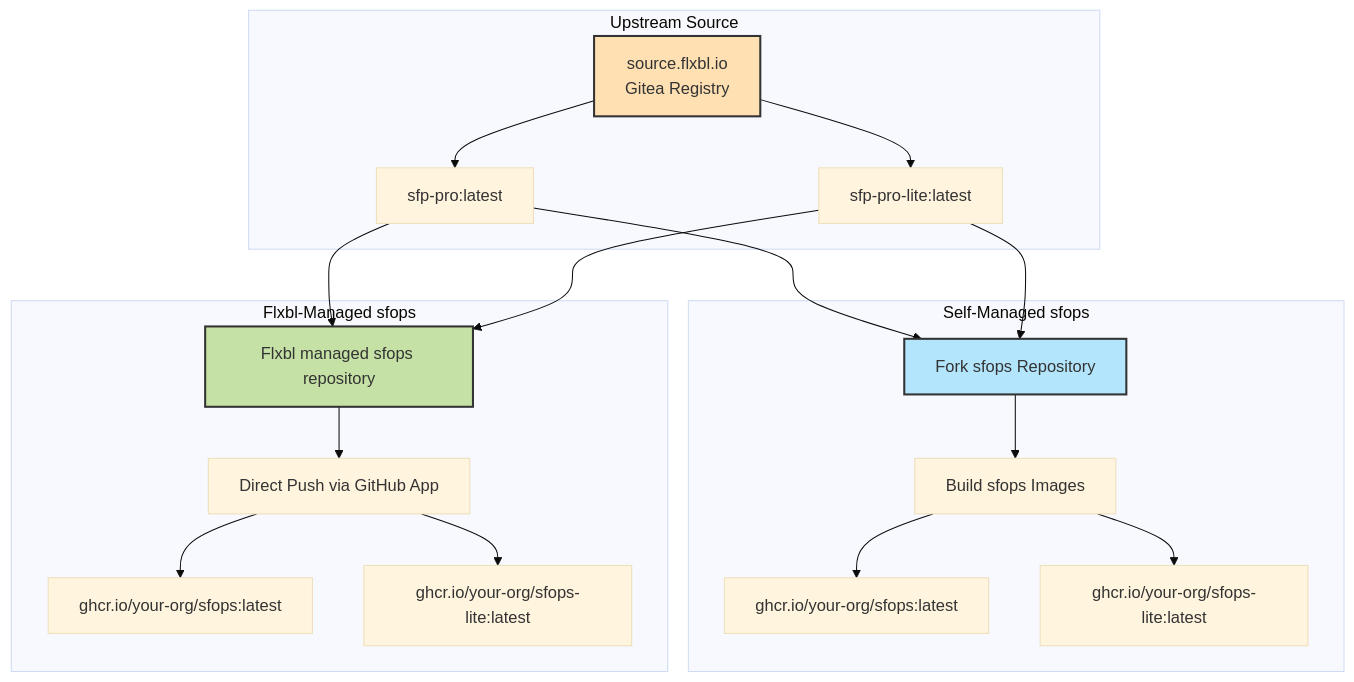
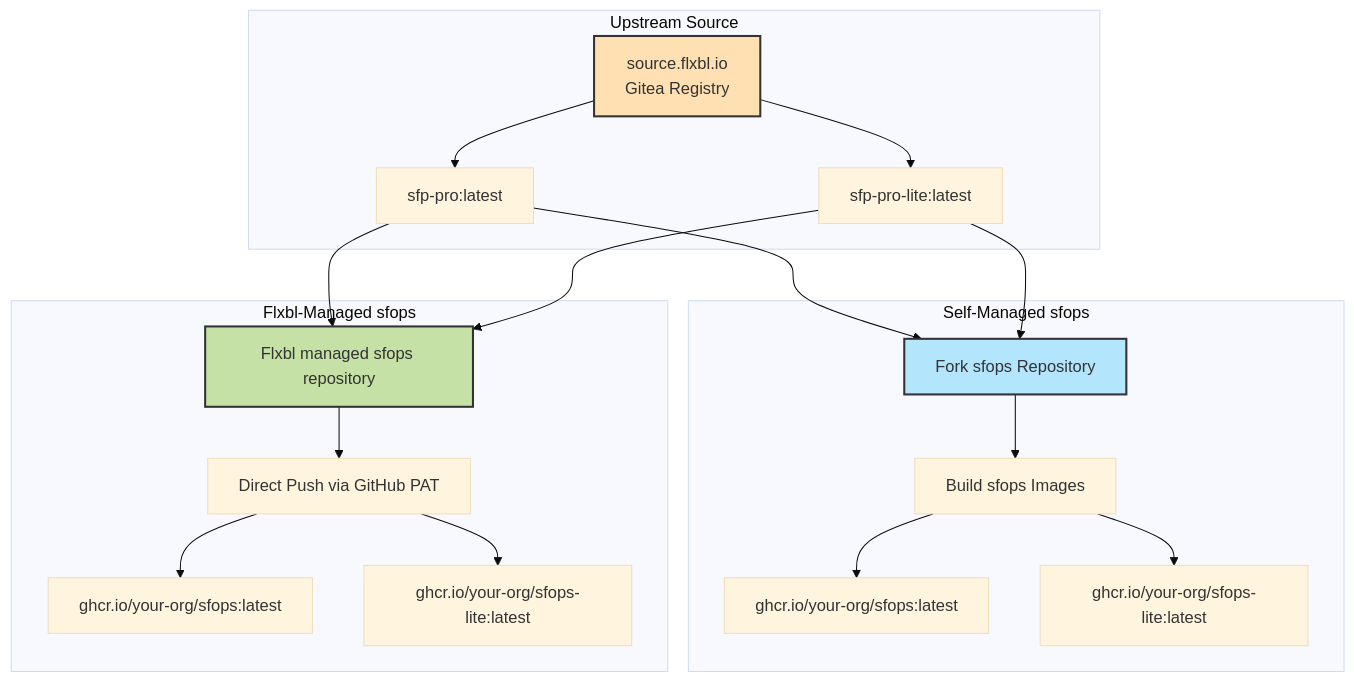
The fourth of 9 diagrams in architecture.md (flxbl-io/docs-sfops), drawn with Mermaid (base theme) before and after one commit. The commit also changed other lines of this file, not shown here.

Commit message:
GITBOOK-73: No subject

````diff
--- a/architecture.md
+++ b/architecture.md
@@ -238,40 +238,40 @@
 ```mermaid
 graph TB
     subgraph "Upstream Source"
         A[source.flxbl.io<br/>Gitea Registry]
         B[sfp-pro:latest]
         C[sfp-pro-lite:latest]
     end
 
     subgraph "Self-Managed sfops"
         D[Fork sfops Repository]
         E[Build sfops Images]
         F[ghcr.io/your-org/sfops:latest]
         G[ghcr.io/your-org/sfops-lite:latest]
     end
 
     subgraph "Flxbl-Managed sfops"
         H[Flxbl managed sfops repository]
-        I[Direct Push via GitHub App]
+        I[Direct Push via GitHub PAT]
         J[ghcr.io/your-org/sfops:latest]
         K[ghcr.io/your-org/sfops-lite:latest]
     end
 
     A --> B
     A --> C
     B --> D
     C --> D
     D --> E
     E --> F
     E --> G
 
     B --> H
     C --> H
     H --> I
     I --> J
     I --> K
 
     style A fill:#ffe0b2,stroke:#333,stroke-width:2px
     style D fill:#b3e5fc,stroke:#333,stroke-width:2px
     style H fill:#c5e1a5,stroke:#333,stroke-width:2px
 ```
````
